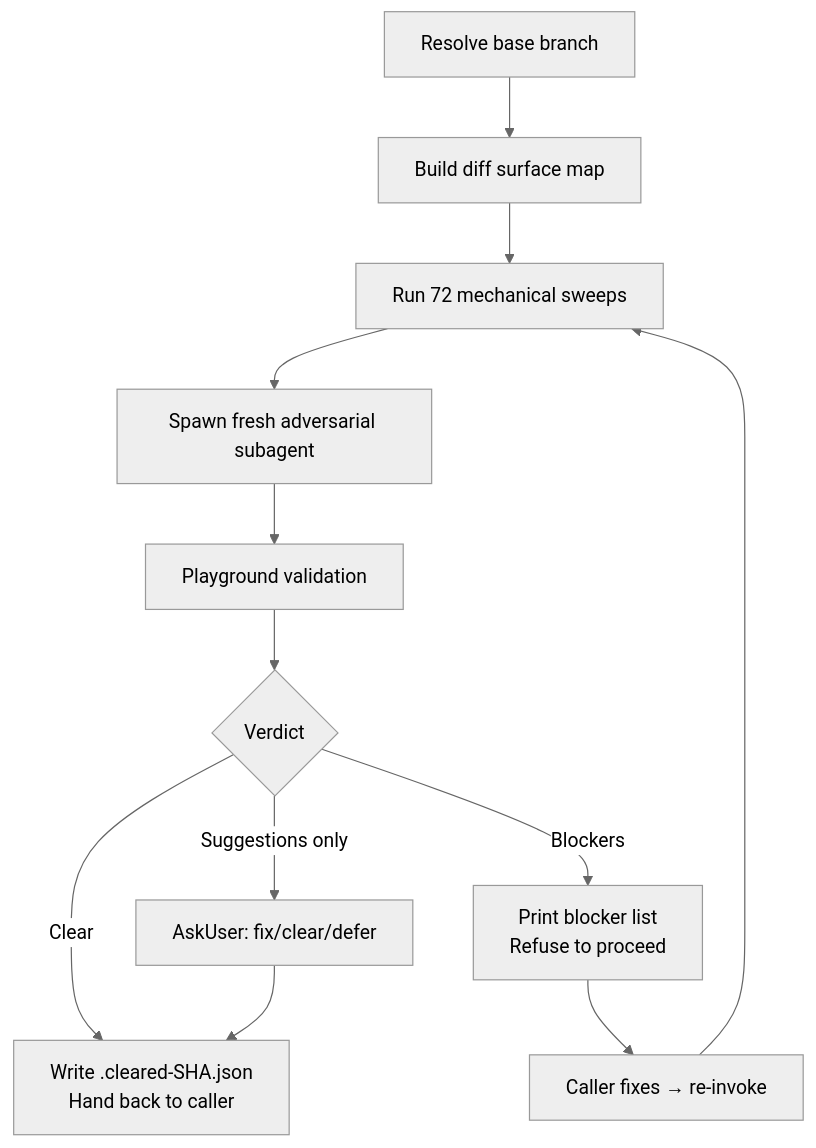
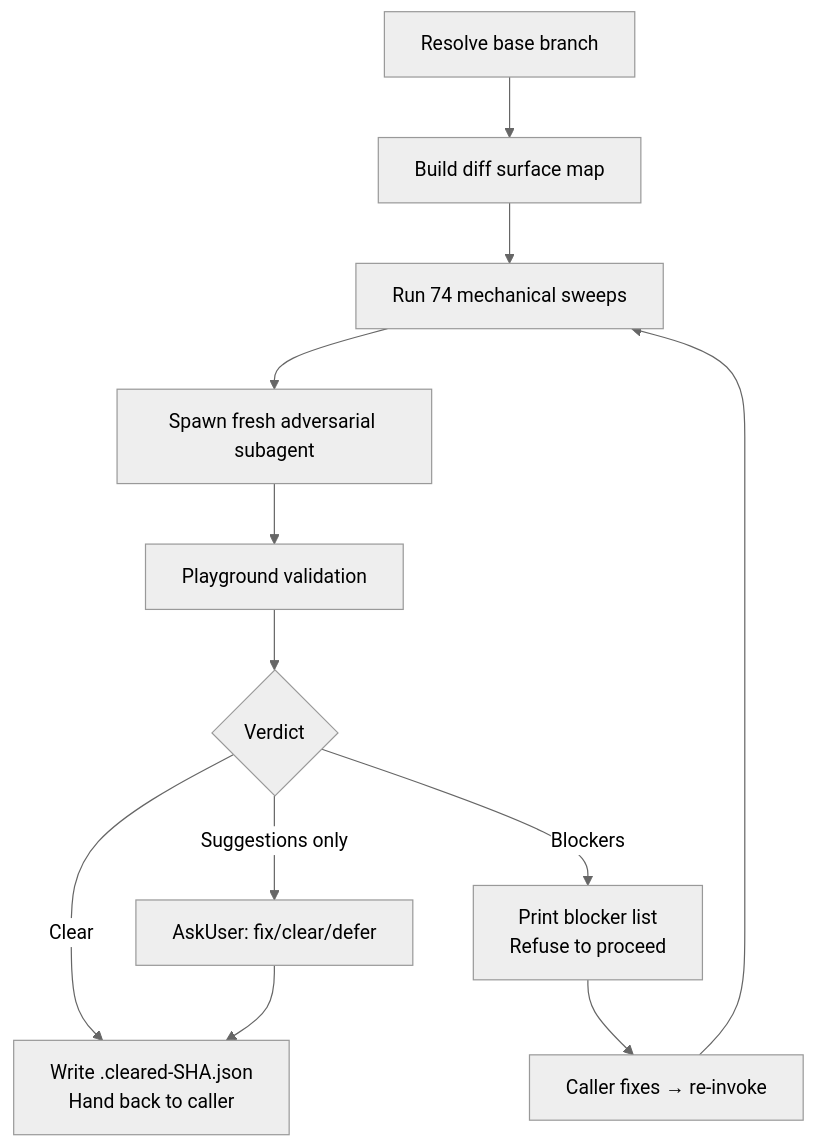
One commit to whizzzkid/skills changed the diagram in skills/adversarial-review/README.md. Above: the diagram before and after it, drawn with Mermaid (neutral theme). The commit also changed other lines of this file and 4 other files, not shown here.

````diff
--- a/skills/adversarial-review/README.md
+++ b/skills/adversarial-review/README.md
@@ -16,14 +16,14 @@
 ```mermaid
 flowchart TD
     A[Resolve base branch] --> B[Build diff surface map]
-    B --> C[Run 72 mechanical sweeps]
+    B --> C[Run 74 mechanical sweeps]
     C --> D[Spawn fresh adversarial subagent]
     D --> E[Playground validation]
     E --> F{Verdict}
     F -->|Clear| G[Write .cleared-SHA.json<br/>Hand back to caller]
     F -->|Blockers| H[Print blocker list<br/>Refuse to proceed]
     F -->|Suggestions only| I[AskUser: fix/clear/defer]
     H --> J[Caller fixes → re-invoke]
     J --> C
     I --> G
 ```
````
